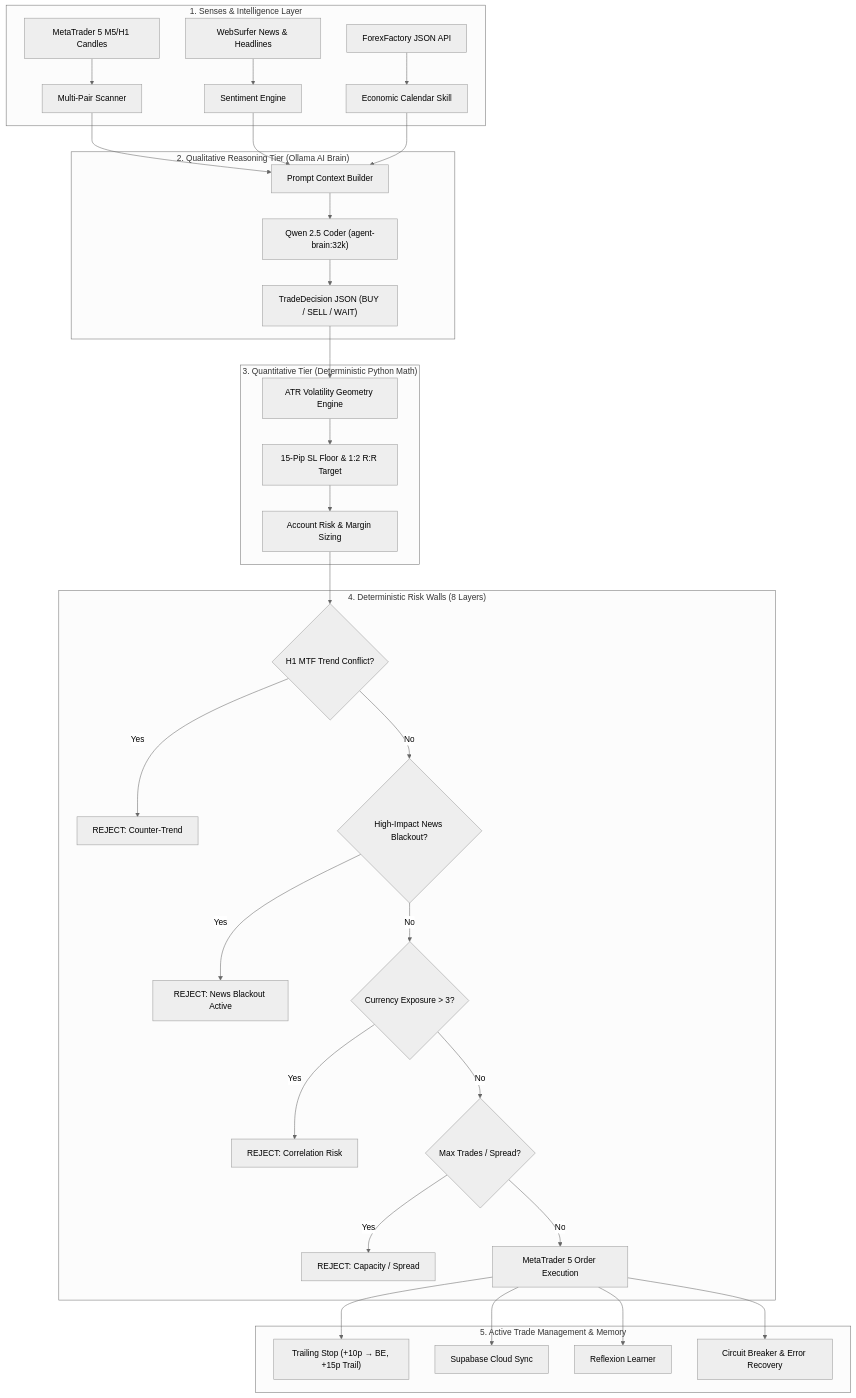
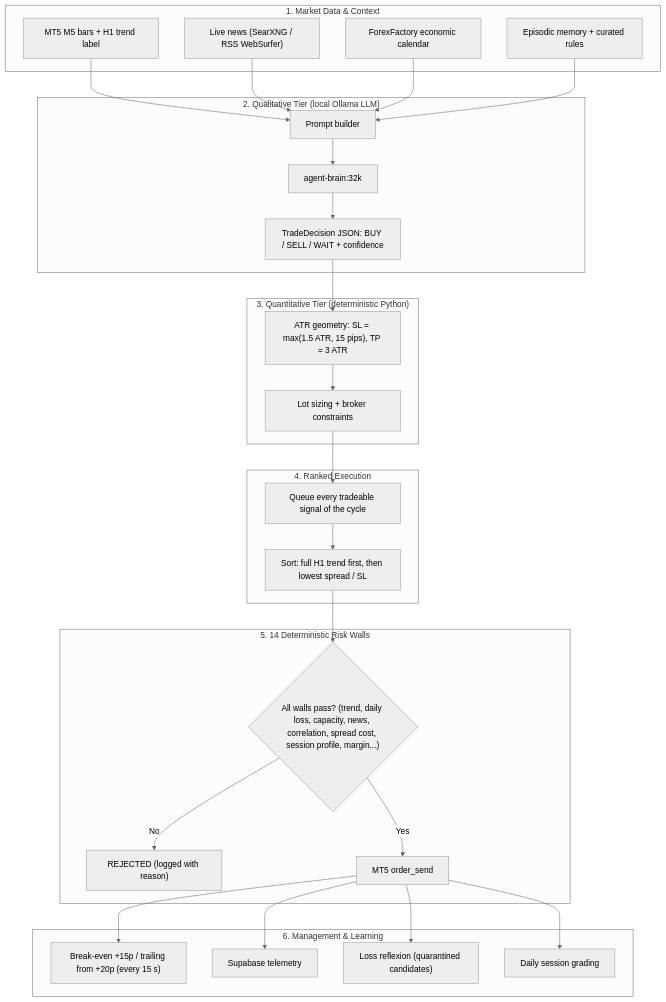
One commit to syarief02/bubat-ai changed the first of 2 diagrams in README.md. Above: the diagram before and after it, drawn with Mermaid (neutral theme). The commit also changed other lines of this file, not shown here.

````diff
--- a/README.md
+++ b/README.md
@@ -46,39 +41,38 @@
 ```mermaid
 flowchart TD
-    subgraph Senses ["1. Senses & Intelligence Layer"]
-        A1["MetaTrader 5 M5/H1 Candles"] --> B1["Multi-Pair Scanner"]
-        A2["WebSurfer News & Headlines"] --> B2["Sentiment Engine"]
-        A3["ForexFactory JSON API"] --> B3["Economic Calendar Skill"]
+    subgraph Senses ["1. Market Data & Context"]
+        A1["MT5 M5 bars + H1 trend label"]
+        A2["Live news (SearXNG / RSS WebSurfer)"]
+        A3["ForexFactory economic calendar"]
+        A4["Episodic memory + curated rules"]
     end
 
-    subgraph Reasoning ["2. Qualitative Reasoning Tier (Ollama AI Brain)"]
-        B1 & B2 & B3 --> C1["Prompt Context Builder"]
-        C1 --> C2["Qwen 2.5 Coder (agent-brain:32k)"]
-        C2 --> C3["TradeDecision JSON (BUY / SELL / WAIT)"]
+    subgraph Reasoning ["2. Qualitative Tier (local Ollama LLM)"]
+        A1 & A2 & A3 & A4 --> C1["Prompt builder"]
+        C1 --> C2["agent-brain:32k"]
+        C2 --> C3["TradeDecision JSON: BUY / SELL / WAIT + confidence"]
     end
 
-    subgraph Execution ["3. Quantitative Tier (Deterministic Python Math)"]
-        C3 --> D1["ATR Volatility Geometry Engine"]
-        D1 --> D2["15-Pip SL Floor & 1:2 R:R Target"]
-        D2 --> D3["Account Risk & Margin Sizing"]
+    subgraph Math ["3. Quantitative Tier (deterministic Python)"]
+        C3 --> D1["ATR geometry: SL = max(1.5 ATR, 15 pips), TP = 3 ATR"]
+        D1 --> D2["Lot sizing + broker constraints"]
     end
 
-    subgraph RiskWalls ["4. Deterministic Risk Walls (8 Layers)"]
-        D3 --> E0{"H1 MTF Trend Conflict?"}
-        E0 -- Yes --> R0["REJECT: Counter-Trend"]
-        E0 -- No --> E1{"High-Impact News Blackout?"}
-        E1 -- Yes --> R1["REJECT: News Blackout Active"]
-        E1 -- No --> E4{"Currency Exposure > 3?"}
-        E4 -- Yes --> R4["REJECT: Correlation Risk"]
-        E4 -- No --> E3{"Max Trades / Spread?"}
-        E3 -- Yes --> R3["REJECT: Capacity / Spread"]
-        E3 -- No --> F1["MetaTrader 5 Order Execution"]
+    subgraph Rank ["4. Ranked Execution"]
+        D2 --> R1["Queue every tradeable signal of the cycle"]
+        R1 --> R2["Sort: full H1 trend first, then lowest spread / SL"]
     end
 
-    subgraph Monitoring ["5. Active Trade Management & Memory"]
-        F1 --> G1["Trailing Stop (+10p → BE, +15p Trail)"]
-        F1 --> G2["Supabase Cloud Sync"]
-        F1 --> G3["Reflexion Learner"]
-        F1 --> G4["Circuit Breaker & Error Recovery"]
+    subgraph Walls ["5. 14 Deterministic Risk Walls"]
+        R2 --> W1{"All walls pass? (trend, daily loss, capacity, news, correlation, spread cost, session profile, margin...)"}
+        W1 -- No --> X["REJECTED (logged with reason)"]
+        W1 -- Yes --> F1["MT5 order_send"]
+    end
+
+    subgraph After ["6. Management & Learning"]
+        F1 --> G1["Break-even +15p / trailing from +20p (every 15 s)"]
+        F1 --> G2["Supabase telemetry"]
+        F1 --> G3["Loss reflexion (quarantined candidates)"]
+        F1 --> G4["Daily session grading"]
     end
 ```
````
